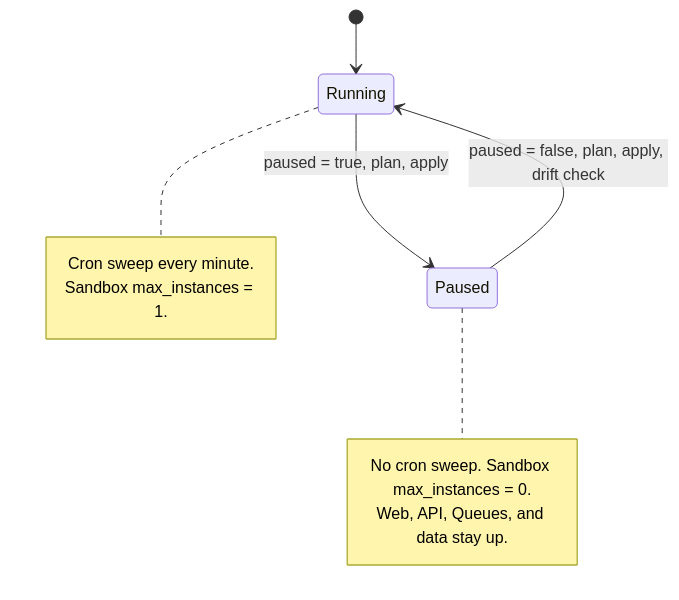
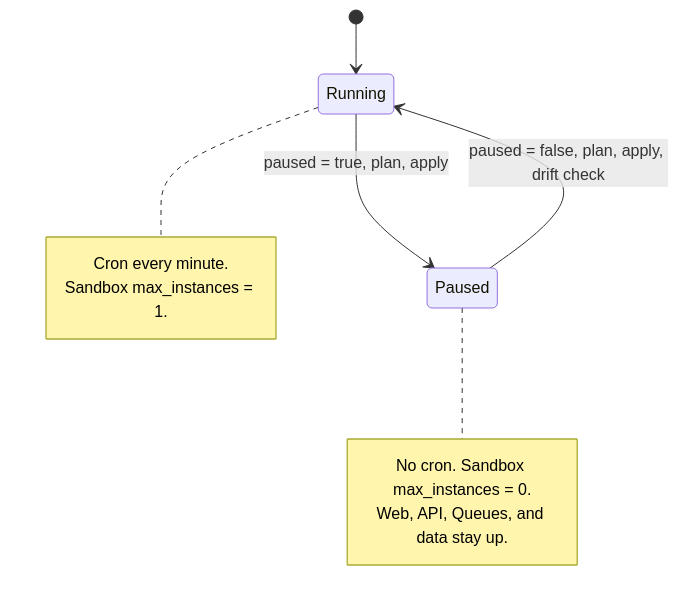
One commit to nsudhanva/rhumbatron changed the diagram in docs/operations/pause-resume.md. Above: the diagram before and after it, drawn with Mermaid. The commit also changed other lines of this file and 47 other files, not shown here.

````diff
--- a/docs/operations/pause-resume.md
+++ b/docs/operations/pause-resume.md
@@ -17,14 +9,14 @@
 ```mermaid
 stateDiagram-v2
   [*] --> Running
   Running --> Paused: paused = true, plan, apply
   Paused --> Running: paused = false, plan, apply, drift check
   note right of Running
-    Cron sweep every minute.
+    Cron every minute.
     Sandbox max_instances = 1.
   end note
   note right of Paused
-    No cron sweep. Sandbox max_instances = 0.
+    No cron. Sandbox max_instances = 0.
     Web, API, Queues, and data stay up.
   end note
 ```
````
